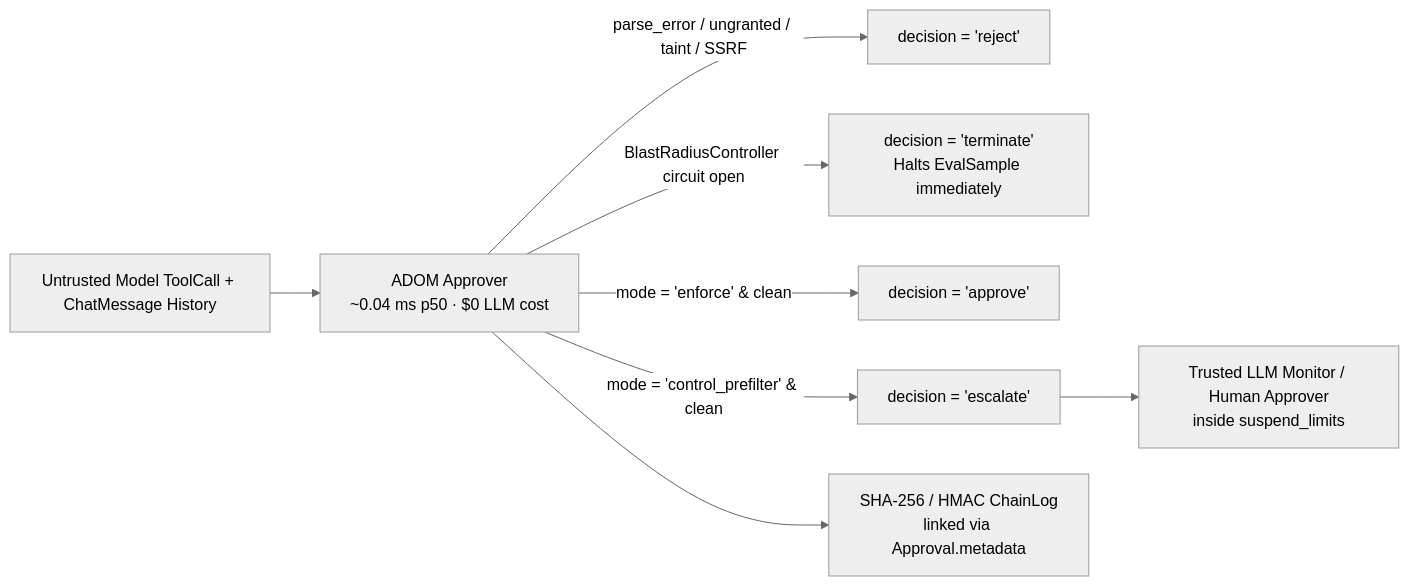
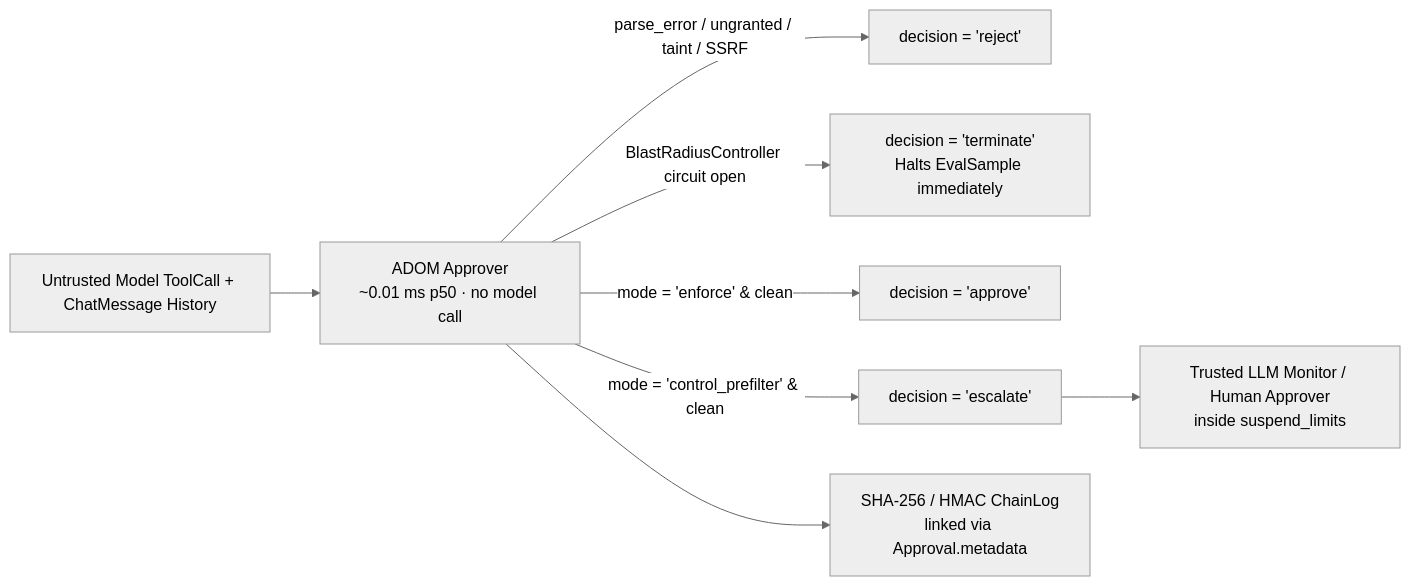
One commit to SilkForgeAi/adom-agent-security changed the diagram in docs/UK_AISI_INSPECT_INTEGRATION.md. Above: the diagram before and after it, drawn with Mermaid (neutral theme). The commit also changed other lines of this file and 1 other file, not shown here.

````diff
--- a/docs/UK_AISI_INSPECT_INTEGRATION.md
+++ b/docs/UK_AISI_INSPECT_INTEGRATION.md
@@ -26,10 +44,10 @@
 ```mermaid
 flowchart LR
-    U[Untrusted Model ToolCall + ChatMessage History] --> P[ADOM Approver<br/>~0.04 ms p50 · $0 LLM cost]
+    U[Untrusted Model ToolCall + ChatMessage History] --> P[ADOM Approver<br/>~0.01 ms p50 · no model call]
     P -->|parse_error / ungranted / taint / SSRF| R[decision = 'reject']
     P -->|BlastRadiusController circuit open| K[decision = 'terminate'<br/>Halts EvalSample immediately]
     P -->|mode = 'enforce' & clean| A[decision = 'approve']
     P -->|mode = 'control_prefilter' & clean| E[decision = 'escalate']
     E --> M[Trusted LLM Monitor / Human Approver<br/>inside suspend_limits]
     P --> C[SHA-256 / HMAC ChainLog<br/>linked via Approval.metadata]
 ```
````
